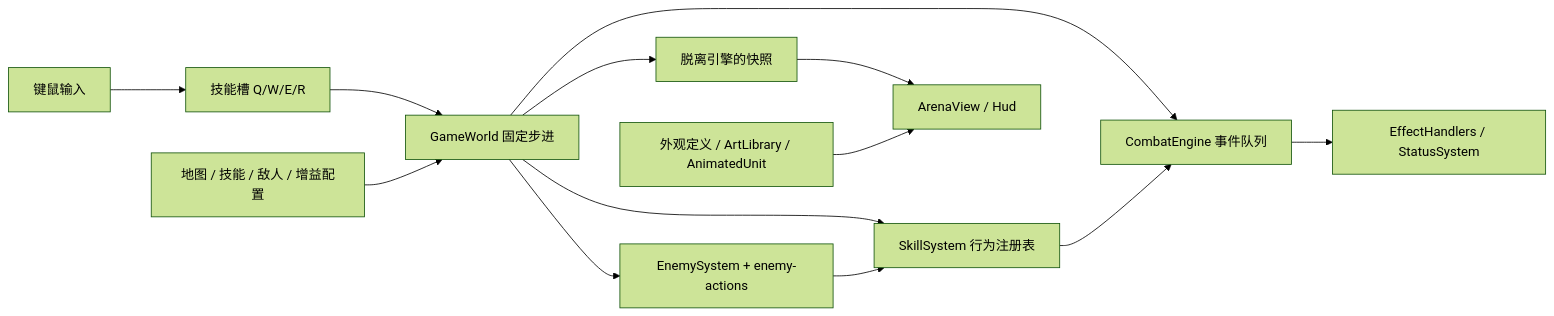
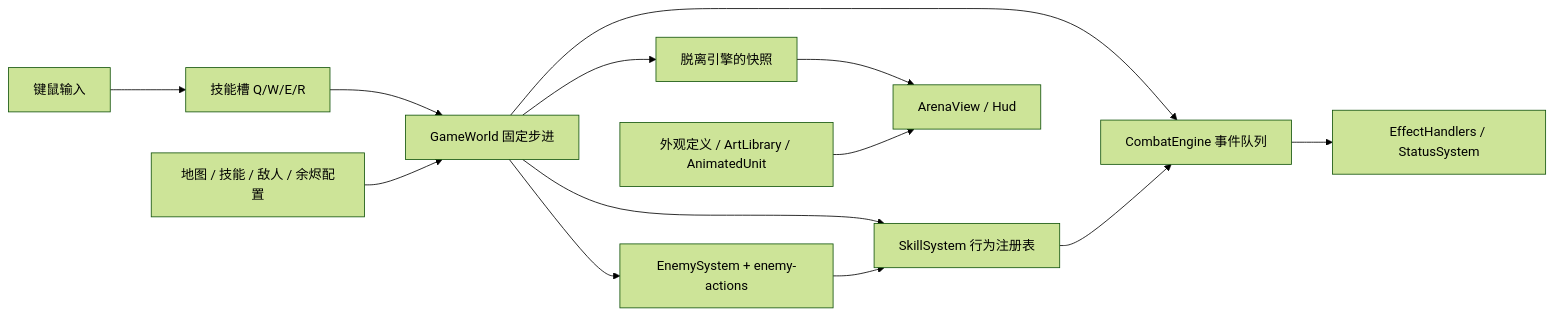
The diagram in docs/CONTENT_ARCHITECTURE.md (Amptyz/Odyssey), drawn with Mermaid (forest theme) before and after one commit. The commit also changed other lines of this file and 176 other files, not shown here.

````diff
--- a/docs/CONTENT_ARCHITECTURE.md
+++ b/docs/CONTENT_ARCHITECTURE.md
@@ -31,15 +33,15 @@
 ```mermaid
 flowchart LR
   Input[键鼠输入] --> Slots[技能槽 Q/W/E/R]
   Slots --> World[GameWorld 固定步进]
-  Content[地图 / 技能 / 敌人 / 增益配置] --> World
+  Content[地图 / 技能 / 敌人 / 余烬配置] --> World
   World --> Skills[SkillSystem 行为注册表]
   World --> AI[EnemySystem + enemy-actions]
   World --> Combat[CombatEngine 事件队列]
   Skills --> Combat
   AI --> Skills
   Combat --> Effects[EffectHandlers / StatusSystem]
   World --> Snapshot[脱离引擎的快照]
   Snapshot --> View[ArenaView / Hud]
   Visuals[外观定义 / ArtLibrary / AnimatedUnit] --> View
 ```
````
